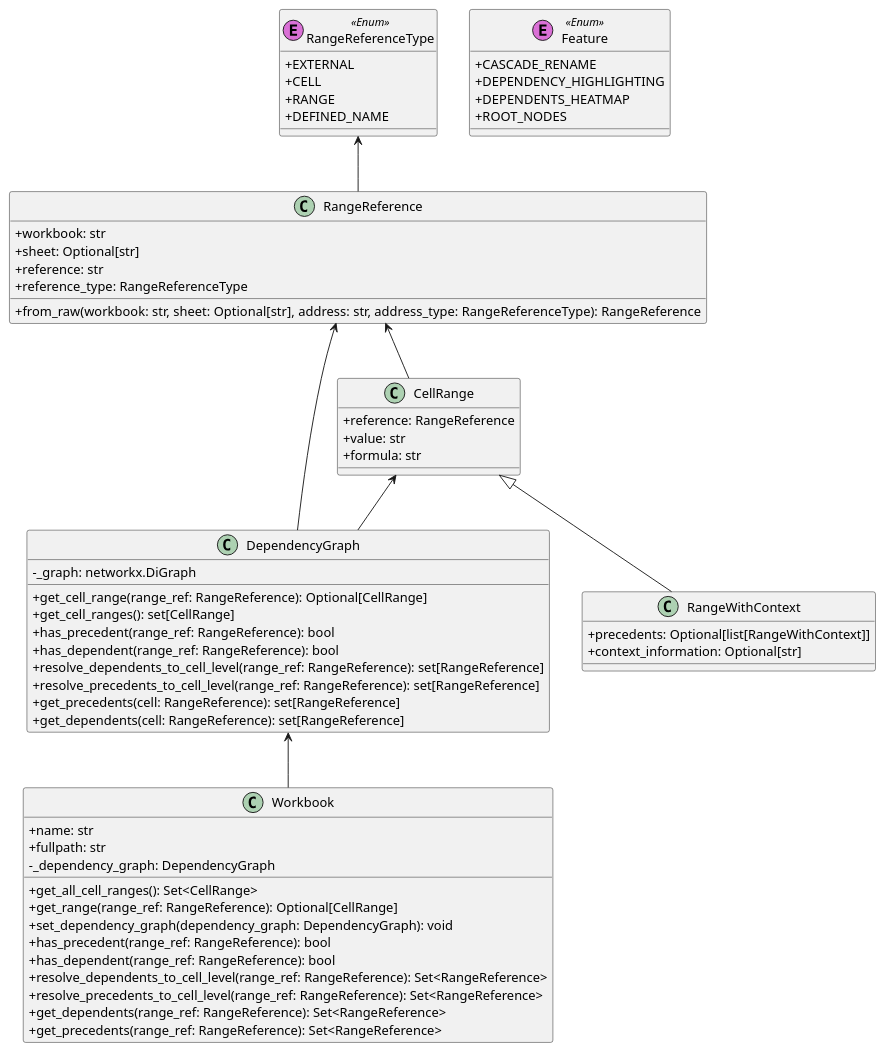
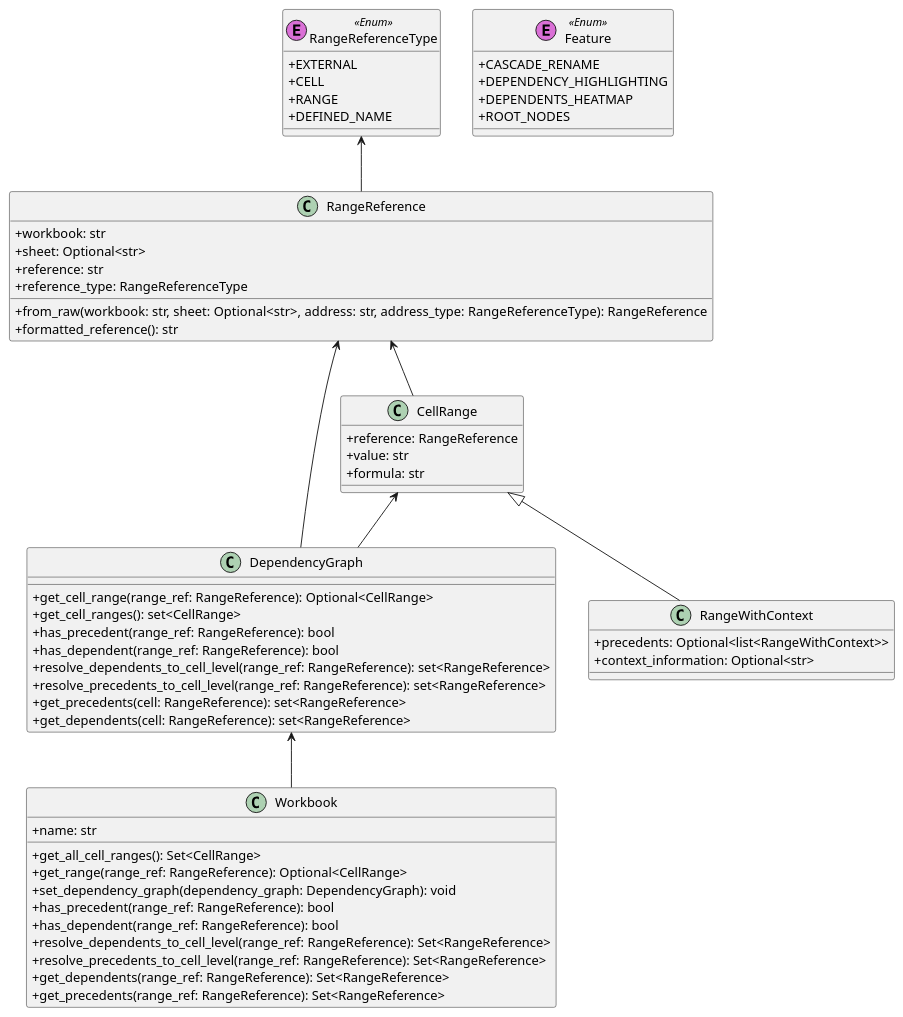
One commit to ByeByeExcel/SpreadsheetExplorer changed the diagram in diagrams/plantuml/architecture/domain_models.puml. Above: the diagram before and after it, drawn with PlantUML. The commit also changed 16 other files, not shown here.

Commit message:
* replaced [] with <> in diagrams * made public properties private where possible

```diff
--- a/diagrams/plantuml/architecture/domain_models.puml
+++ b/diagrams/plantuml/architecture/domain_models.puml
@@ -1,73 +1,71 @@
 @startuml
 skinparam classAttributeIconSize 0
 
 class Feature << (E,orchid) Enum >> {
     +CASCADE_RENAME
     +DEPENDENCY_HIGHLIGHTING
     +DEPENDENTS_HEATMAP
     +ROOT_NODES
 }
 
 class Workbook {
     +name: str
-    +fullpath: str
-    -_dependency_graph: DependencyGraph
 
     +get_all_cell_ranges(): Set<CellRange>
-    +get_range(range_ref: RangeReference): Optional[CellRange]
+    +get_range(range_ref: RangeReference): Optional<CellRange>
     +set_dependency_graph(dependency_graph: DependencyGraph): void
     +has_precedent(range_ref: RangeReference): bool
     +has_dependent(range_ref: RangeReference): bool
     +resolve_dependents_to_cell_level(range_ref: RangeReference): Set<RangeReference>
     +resolve_precedents_to_cell_level(range_ref: RangeReference): Set<RangeReference>
     +get_dependents(range_ref: RangeReference): Set<RangeReference>
     +get_precedents(range_ref: RangeReference): Set<RangeReference>
 }
 
 class DependencyGraph {
-    - _graph: networkx.DiGraph
-    +get_cell_range(range_ref: RangeReference): Optional[CellRange]
-    +get_cell_ranges(): set[CellRange]
+    +get_cell_range(range_ref: RangeReference): Optional<CellRange>
+    +get_cell_ranges(): set<CellRange>
     +has_precedent(range_ref: RangeReference): bool
     +has_dependent(range_ref: RangeReference): bool
-    +resolve_dependents_to_cell_level(range_ref: RangeReference): set[RangeReference]
-    +resolve_precedents_to_cell_level(range_ref: RangeReference): set[RangeReference]
-    +get_precedents(cell: RangeReference): set[RangeReference]
-    +get_dependents(cell: RangeReference): set[RangeReference]
+    +resolve_dependents_to_cell_level(range_ref: RangeReference): set<RangeReference>
+    +resolve_precedents_to_cell_level(range_ref: RangeReference): set<RangeReference>
+    +get_precedents(cell: RangeReference): set<RangeReference>
+    +get_dependents(cell: RangeReference): set<RangeReference>
 }
 
 class CellRange {
    +reference: RangeReference
    +value: str
    +formula: str
 }
 
 class RangeReferenceType << (E,orchid) Enum >> {
     +EXTERNAL
     +CELL
     +RANGE
     +DEFINED_NAME
 }
 
 class RangeReference {
     +workbook: str
-    +sheet: Optional[str]
+    +sheet: Optional<str>
     +reference: str
     +reference_type: RangeReferenceType
-    +from_raw(workbook: str, sheet: Optional[str], address: str, address_type: RangeReferenceType): RangeReference
+    +from_raw(workbook: str, sheet: Optional<str>, address: str, address_type: RangeReferenceType): RangeReference
+    +formatted_reference(): str
 }
 
 class RangeWithContext {
-    +precedents: Optional[list[RangeWithContext]]
-    +context_information: Optional[str]
+    +precedents: Optional<list<RangeWithContext>>
+    +context_information: Optional<str>
 }
 
 CellRange <|-- RangeWithContext
 CellRange -up-> RangeReference
 DependencyGraph -up-> RangeReference
 DependencyGraph -up-> CellRange
 
 RangeReference -up-> RangeReferenceType
 Workbook -up-> DependencyGraph
 
 @enduml
```
